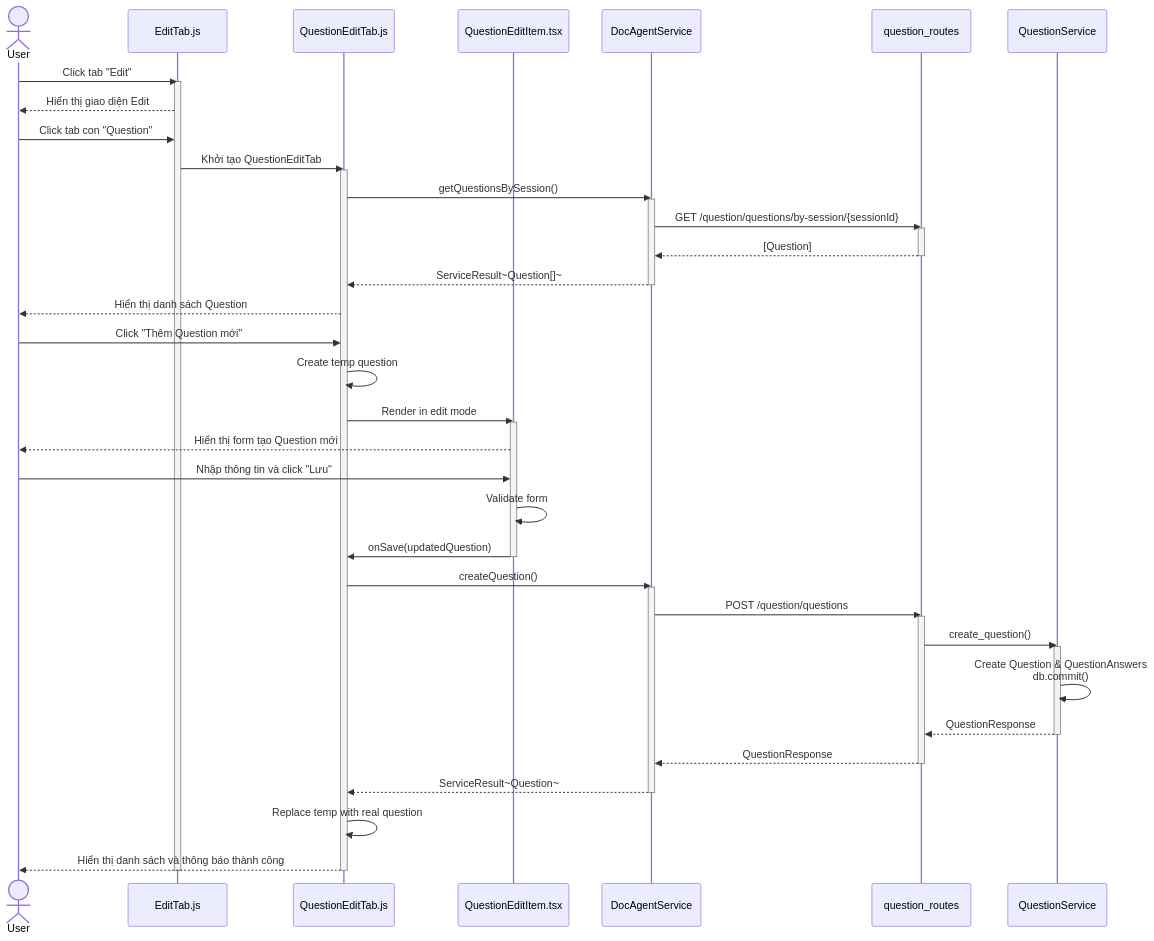
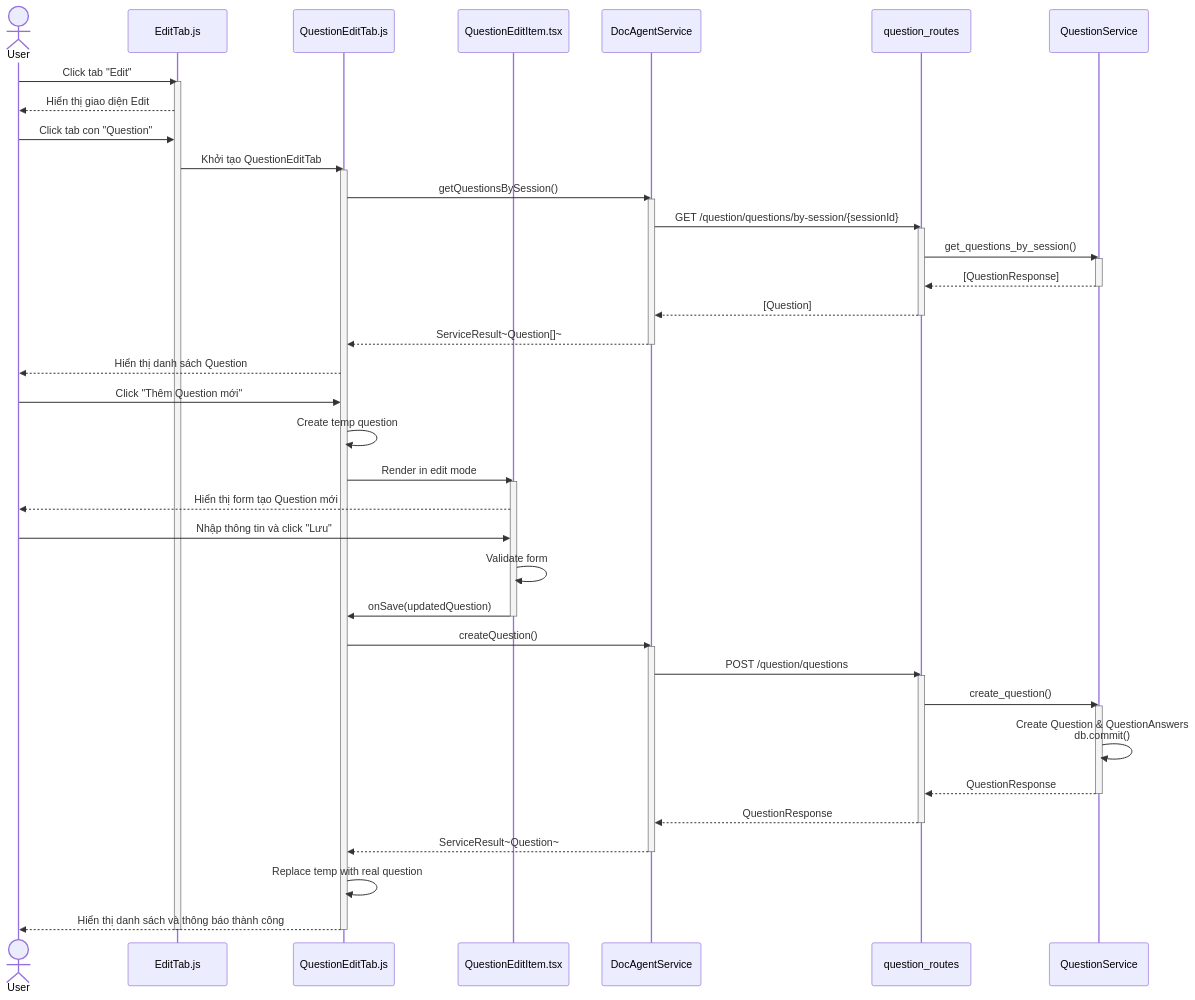
One commit to mduc-2610/gp_doc changed the first of 8 diagrams in question/4_question_management_seq.md. Above: the diagram before and after it, drawn with Mermaid. The commit also changed other lines of this file and 12 other files, not shown here.

Commit message:
refactor scenario and sequence

````diff
--- a/question/4_question_management_seq.md
+++ b/question/4_question_management_seq.md
@@ -5,65 +5,69 @@
 ```mermaid
 sequenceDiagram
     actor User
     participant EditTab as EditTab.js
     participant QuestionEditTab as QuestionEditTab.js
     participant QuestionEditItem as QuestionEditItem.tsx
     participant DocAgentService as DocAgentService
     participant QuestionRoutes as question_routes
     participant QuestionService as QuestionService
 
     User->>EditTab: Click tab "Edit"
     activate EditTab
     EditTab-->>User: Hiển thị giao diện Edit
     
     User->>EditTab: Click tab con "Question"
     EditTab->>QuestionEditTab: Khởi tạo QuestionEditTab
     activate QuestionEditTab
     
     QuestionEditTab->>DocAgentService: getQuestionsBySession()
     activate DocAgentService
     DocAgentService->>QuestionRoutes: GET /question/questions/by-session/{sessionId}
     activate QuestionRoutes
+    QuestionRoutes->>QuestionService: get_questions_by_session()
+    activate QuestionService
+    QuestionService-->>QuestionRoutes: [QuestionResponse]
+    deactivate QuestionService
     QuestionRoutes-->>DocAgentService: [Question]
     deactivate QuestionRoutes
     DocAgentService-->>QuestionEditTab: ServiceResult~Question[]~
     deactivate DocAgentService
     
     QuestionEditTab-->>User: Hiển thị danh sách Question
     
     User->>QuestionEditTab: Click "Thêm Question mới"
     QuestionEditTab->>QuestionEditTab: Create temp question
     QuestionEditTab->>QuestionEditItem: Render in edit mode
     activate QuestionEditItem
     QuestionEditItem-->>User: Hiển thị form tạo Question mới
     
     User->>QuestionEditItem: Nhập thông tin và click "Lưu"
     QuestionEditItem->>QuestionEditItem: Validate form
     QuestionEditItem->>QuestionEditTab: onSave(updatedQuestion)
     deactivate QuestionEditItem
     
     QuestionEditTab->>DocAgentService: createQuestion()
     activate DocAgentService
     
     DocAgentService->>QuestionRoutes: POST /question/questions
     activate QuestionRoutes
     
     QuestionRoutes->>QuestionService: create_question()
     activate QuestionService
     
     QuestionService->>QuestionService: Create Question & QuestionAnswers<br/>db.commit()
     
     QuestionService-->>QuestionRoutes: QuestionResponse
     deactivate QuestionService
     
     QuestionRoutes-->>DocAgentService: QuestionResponse
     deactivate QuestionRoutes
     
     DocAgentService-->>QuestionEditTab: ServiceResult~Question~
     deactivate DocAgentService
     
     QuestionEditTab->>QuestionEditTab: Replace temp with real question
     QuestionEditTab-->>User: Hiển thị danh sách và thông báo thành công
     deactivate QuestionEditTab
     deactivate EditTab
 ```
````
